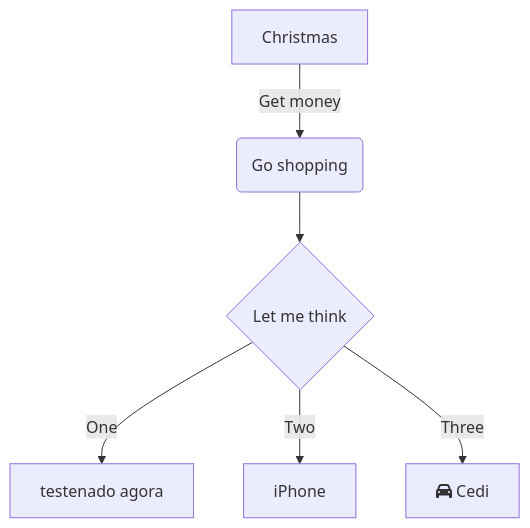
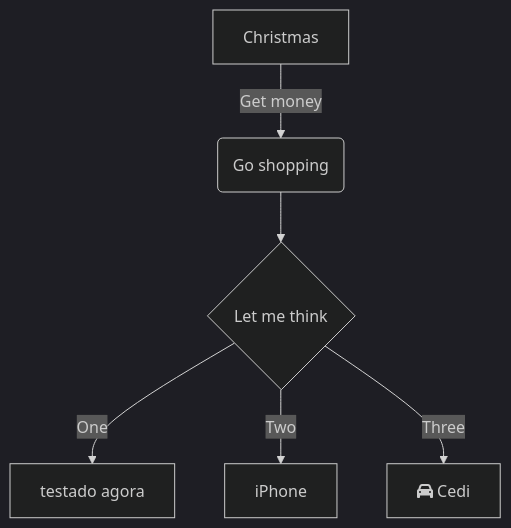
Before and after one commit to carloshenriquegh/backlog: the diagram in mermaid/mermaid-teste1.md, drawn with Mermaid. The commit also changed 1 other file, not shown here.

Commit message:
vault backup: 31-08-2026 21:18:46

````diff
--- a/mermaid/mermaid-teste1.md
+++ b/mermaid/mermaid-teste1.md
@@ -3,12 +3,12 @@
 ```mermaid
 ---
-config:
-theme: light
+config: 
+ theme: 'dark'
 ---
 flowchart TD
     A[Christmas] -->|Get money| B(Go shopping)
     B --> C{Let me think}
-    C -->|One| D[testenado agora ]
+    C -->|One| D[testado agora ]
     C -->|Two| E[iPhone]
     C -->|Three| F[fa:fa-car Cedi]
 ```
````
